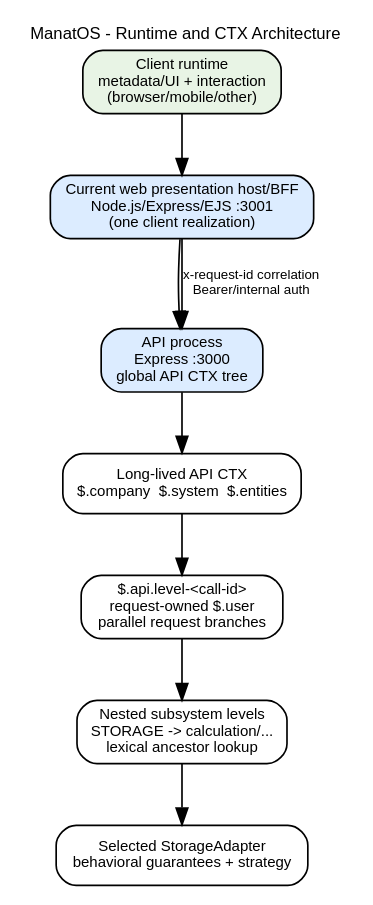
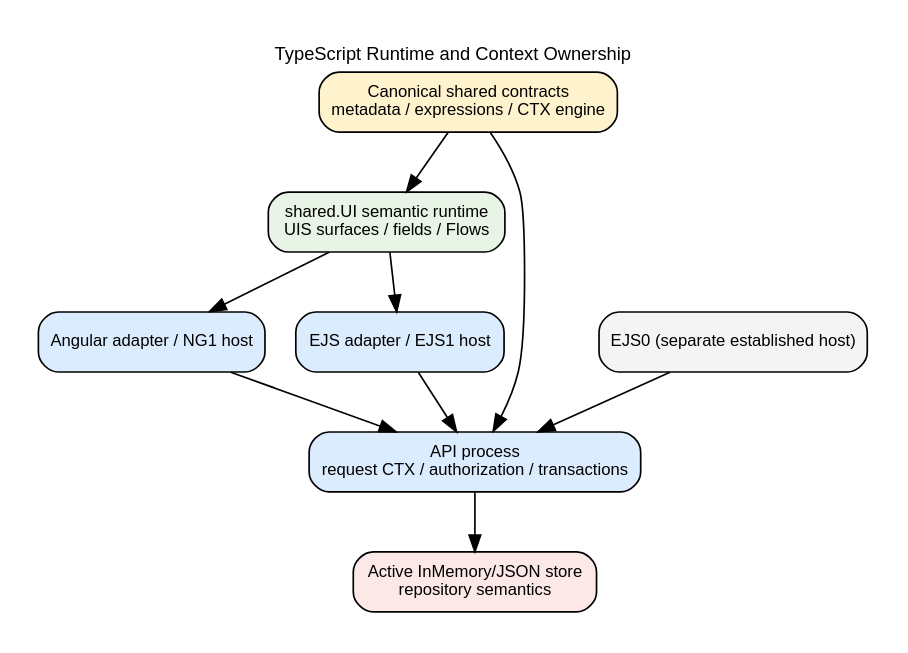
Before and after one commit to ymanatos1/ManatOS: the diagram in docs/diagrams/02-runtime-architecture.dot, drawn with Graphviz. The commit also changed 1454 other files, not shown here.

Commit message:
Multi UIs new architecture.

```diff
--- a/docs/diagrams/02-runtime-architecture.dot
+++ b/docs/diagrams/02-runtime-architecture.dot
@@ -1,13 +1,12 @@
-digraph G {
- graph [fontname="Arial", fontsize=10, bgcolor="white", labelloc="t", label="ManatOS - Runtime and CTX Architecture"];
- node [fontname="Arial", fontsize=9, shape=box, style="rounded,filled", fillcolor="white"]; edge [fontname="Arial", fontsize=8]; rankdir=TB;
- client [label="Client runtime\nmetadata/UI + interaction\n(browser/mobile/other)", fillcolor="#e8f4e5"];
- ui [label="Current web presentation host/BFF\nNode.js/Express/EJS :3001\n(one client realization)", fillcolor="#dcecff"];
- api [label="API process\nExpress :3000\nglobal API CTX tree", fillcolor="#dcecff"];
- roots [label="Long-lived API CTX\n$.company  $.system  $.entities"];
- requests [label="$.api.level-<call-id>\nrequest-owned $.user\nparallel request branches"];
- levels [label="Nested subsystem levels\nSTORAGE -> calculation/...\nlexical ancestor lookup"];
- storage [label="Selected StorageAdapter\nbehavioral guarantees + strategy"];
- client -> ui -> api; api -> roots; roots -> requests; requests -> levels; levels -> storage;
- ui -> api [label="x-request-id correlation\nBearer/internal auth"];
+digraph Runtime {
+ graph [fontname="Arial",fontsize=11,bgcolor="white",labelloc="t",label="TypeScript Runtime and Context Ownership",pad="0.22",rankdir=TB];
+ node [fontname="Arial",fontsize=10,shape=box,style="rounded,filled",fillcolor="white"];
+ metadata [label="Canonical shared contracts\nmetadata / expressions / CTX engine",fillcolor="#fff3cd"];
+ uis [label="shared.UI semantic runtime\nUIS surfaces / fields / Flows",fillcolor="#e8f4e5"];
+ ng [label="Angular adapter / NG1 host",fillcolor="#dcecff"];
+ ejs [label="EJS adapter / EJS1 host",fillcolor="#dcecff"];
+ ejs0 [label="EJS0 (separate established host)",fillcolor="#f4f4f4"];
+ api [label="API process\nrequest CTX / authorization / transactions",fillcolor="#dcecff"];
+ store [label="Active InMemory/JSON store\nrepository semantics",fillcolor="#fce8e6"];
+ metadata -> uis;metadata -> api;uis -> ng;uis -> ejs;ng -> api;ejs -> api;ejs0 -> api;api -> store;
 }
```
